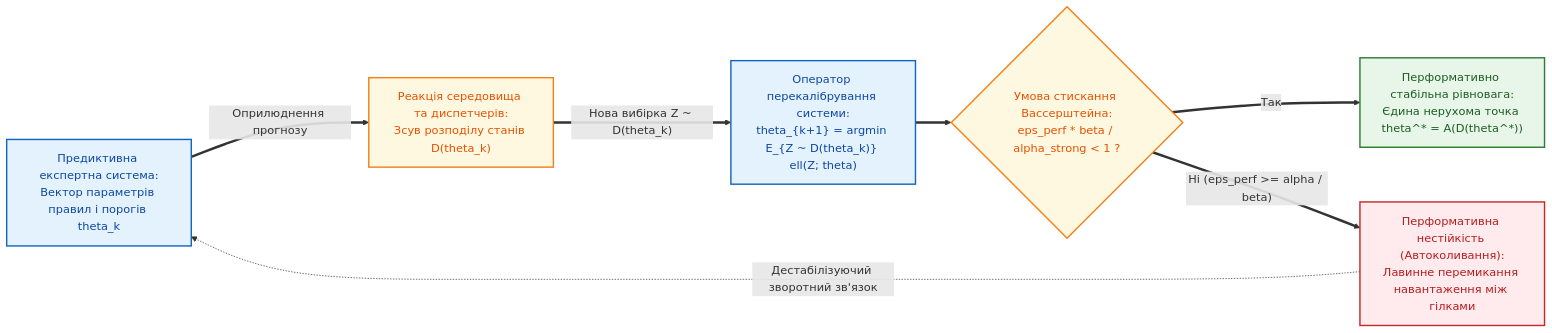
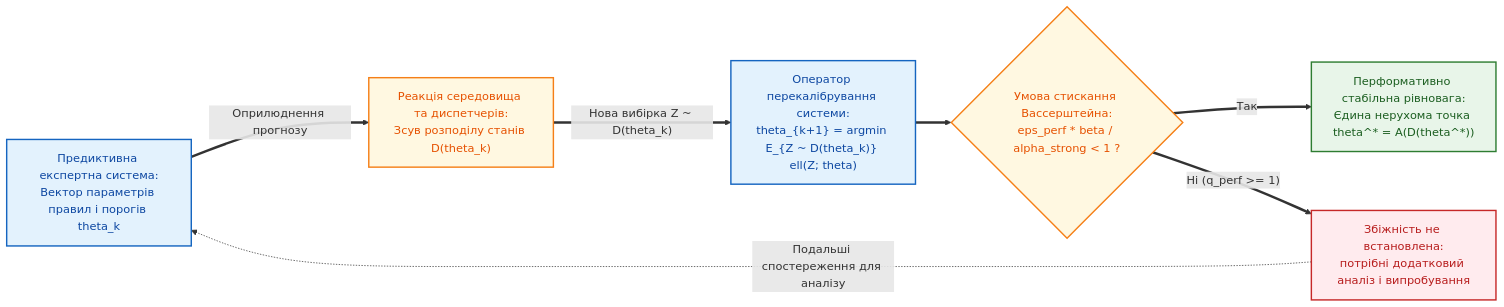
The diagram in Prediction_Expert_Systems/ch05-open-scientific-problems-and-technological-frontiers.md (nick-fedchik/articles), drawn with Mermaid before and after one commit. The commit also changed other lines of this file and 3 other files, not shown here.

````diff
--- a/Prediction_Expert_Systems/ch05-open-scientific-problems-and-technological-frontiers.md
+++ b/Prediction_Expert_Systems/ch05-open-scientific-problems-and-technological-frontiers.md
@@ -45,29 +39,29 @@
 ```mermaid
 flowchart LR
-    accTitle: Рисунок 5.1. Замкнений цикл перформативного прогнозування та умова існування нерухомої точки рівноваги
-    accDescr: Параметри предиктивної моделі theta породжують прогноз, який змінює поведінку агентів і фізичного об'єкта, формуючи зсунутий розподіл даних D(theta). Повторне налаштування моделі A(D(theta)) збігається лише за умови стискання eps * beta / alpha < 1.
+    accTitle: Рисунок 5.1. Перформативний вплив прогнозу на наступний розподіл даних
+    accDescr: Модель породжує прогноз, рішення на його основі змінюють спостережуваний розподіл, а модель переналаштовується за новими даними. Теорема гарантує збіжність лише за явно заданих припущень і достатньої умови стискання.
 
     Model["Предиктивна експертна система:\nВектор параметрів правил і порогів theta_k"]
     Env["Реакція середовища та диспетчерів:\nЗсув розподілу станів D(theta_k)"]
     Update["Оператор перекалібрування системи:\ntheta_{k+1} = argmin E_{Z ~ D(theta_k)} ell(Z; theta)"]
     Check{"Умова стискання Вассерштейна:\neps_perf * beta / alpha_strong < 1 ?"}
     Stable["Перформативно стабільна рівновага:\nЄдина нерухома точка theta^* = A(D(theta^*))"]
-    Osc["Перформативна нестійкість (Автоколивання):\nЛавинне перемикання навантаження між гілками"]
+    Osc["Збіжність не встановлена:\nпотрібні додатковий аналіз і випробування"]
 
     Model ==>|"Оприлюднення прогнозу"| Env
     Env ==>|"Нова вибірка Z ~ D(theta_k)"| Update
     Update ==> Check
     Check ==>|"Так"| Stable
-    Check ==>|"Ні (eps_perf >= alpha / beta)"| Osc
-    Osc -.->|"Дестабілізуючий зворотний зв'язок"| Model
+    Check ==>|"Ні (q_perf >= 1)"| Osc
+    Osc -.->|"Подальші спостереження для аналізу"| Model
 
     classDef mStyle fill:#e3f2fd,stroke:#1565c0,stroke-width:2px,color:#0d47a1;
     classDef eStyle fill:#fff8e1,stroke:#f57f17,stroke-width:2px,color:#e65100;
     classDef okStyle fill:#e8f5e9,stroke:#2e7d32,stroke-width:2px,color:#1b5e20;
     classDef badStyle fill:#ffebee,stroke:#c62828,stroke-width:2px,color:#b71c1c;
 
     class Model,Update mStyle;
     class Env,Check eStyle;
     class Stable okStyle;
     class Osc badStyle;
 ```
````
